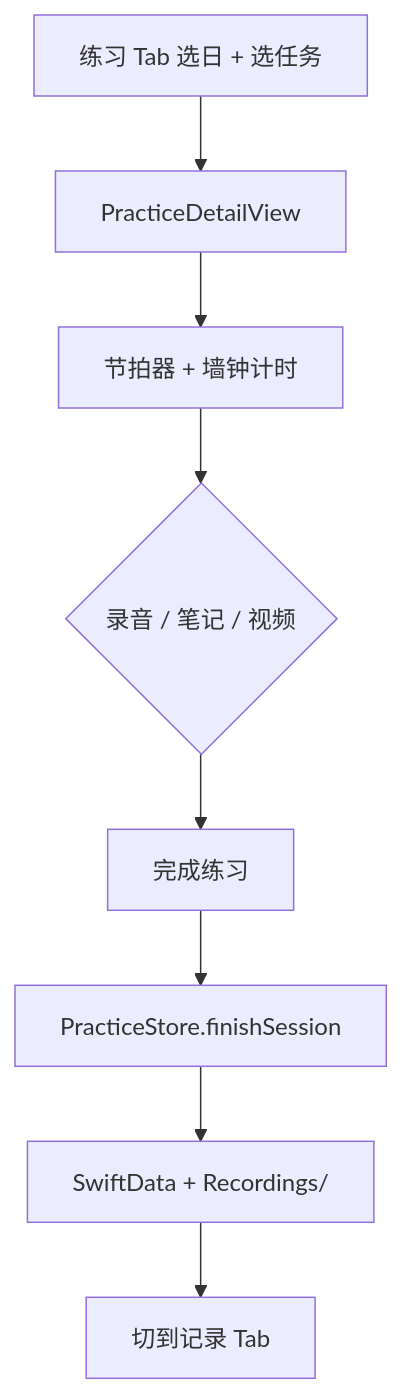
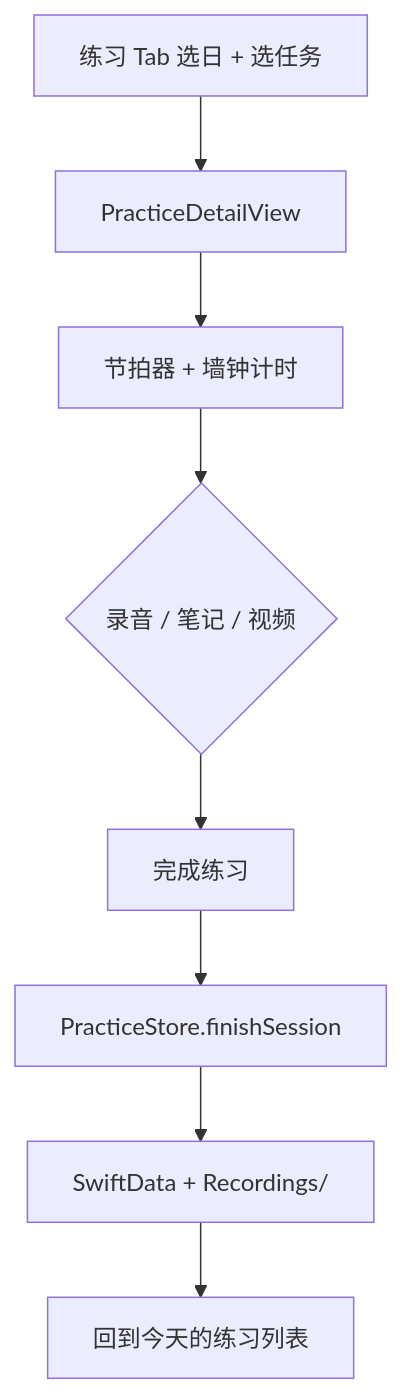
One commit to haizei/foxgita changed the first of 2 diagrams in docs/TECHNICAL.md. Above: the diagram before and after it, drawn with Mermaid. The commit also changed other lines of this file and 1 other file, not shown here.

Commit message:
test: smoke the empty inbox and document practice-tab rules

````diff
--- a/docs/TECHNICAL.md
+++ b/docs/TECHNICAL.md
@@ -96,10 +96,10 @@
 ```mermaid
 flowchart TD
     A[练习 Tab 选日 + 选任务] --> B[PracticeDetailView]
     B --> C[节拍器 + 墙钟计时]
     C --> D{录音 / 笔记 / 视频}
     D --> E[完成练习]
     E --> F[PracticeStore.finishSession]
     F --> G[SwiftData + Recordings/]
-    G --> H[切到记录 Tab]
+    G --> H[回到今天的练习列表]
 ```
````
